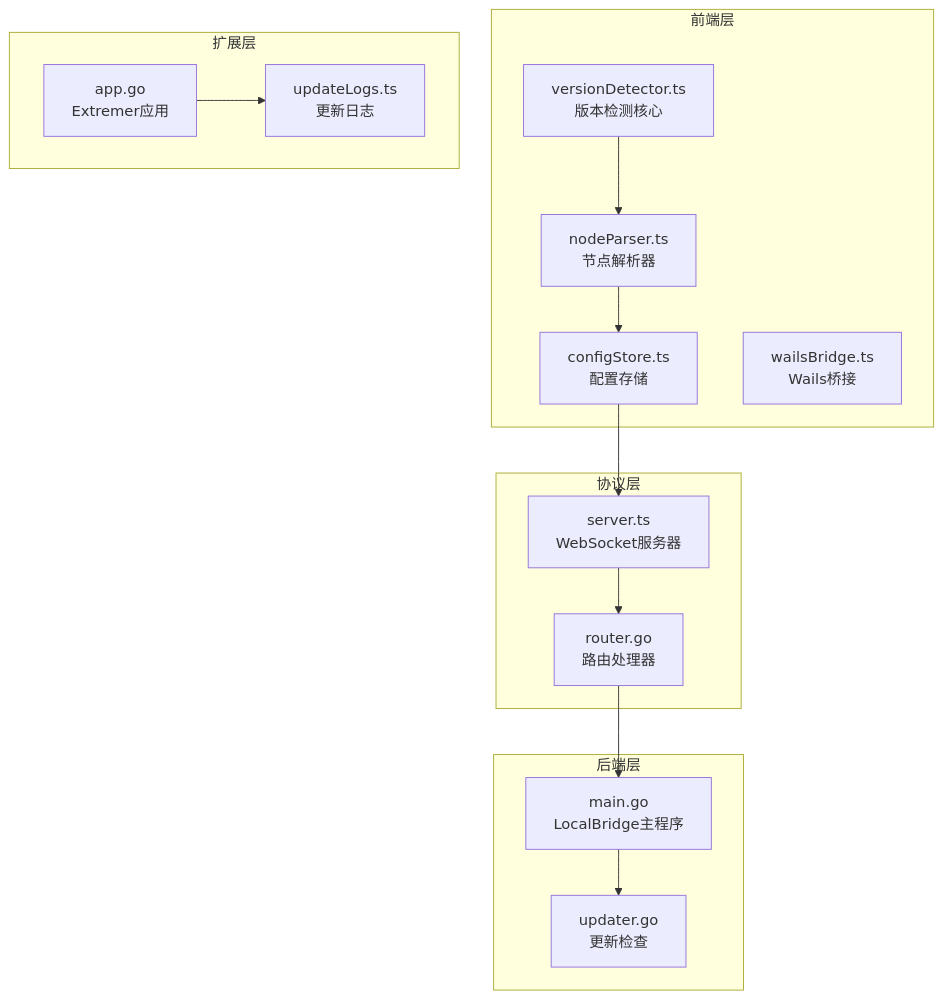
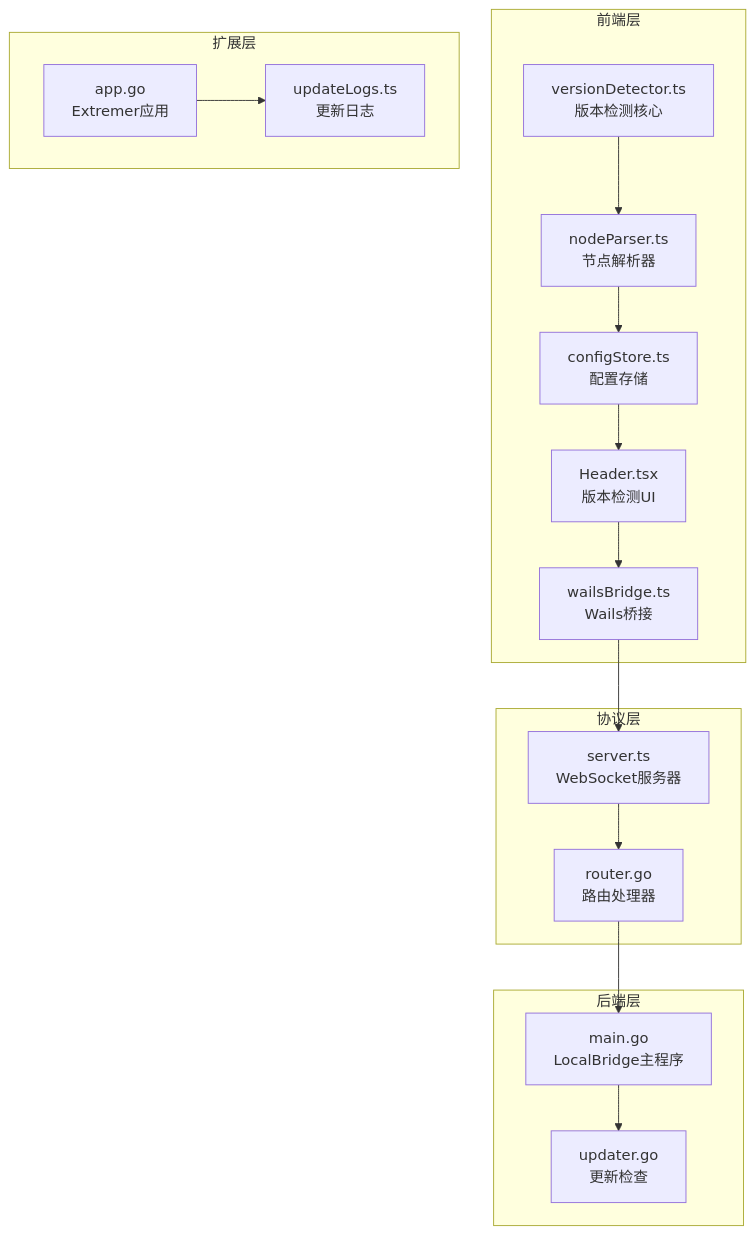
The first of 10 diagrams in .qoder/repowiki/zh/content/版本检测系统.md (kqcoxn/MaaPipelineEditor), drawn with Mermaid before and after one commit. The commit also changed other lines of this file and 35 other files, not shown here.

````diff
--- a/.qoder/repowiki/zh/content/版本检测系统.md
+++ b/.qoder/repowiki/zh/content/版本检测系统.md
@@ -43,28 +56,31 @@
 ```mermaid
 graph TB
 subgraph "前端层"
 A[versionDetector.ts<br/>版本检测核心]
 B[nodeParser.ts<br/>节点解析器]
 C[configStore.ts<br/>配置存储]
 D[wailsBridge.ts<br/>Wails桥接]
+E[Header.tsx<br/>版本检测UI]
 end
 subgraph "协议层"
-E[server.ts<br/>WebSocket服务器]
-F[router.go<br/>路由处理器]
+F[server.ts<br/>WebSocket服务器]
+G[router.go<br/>路由处理器]
 end
 subgraph "后端层"
-G[main.go<br/>LocalBridge主程序]
-H[updater.go<br/>更新检查]
+H[main.go<br/>LocalBridge主程序]
+I[updater.go<br/>更新检查]
 end
 subgraph "扩展层"
-I[app.go<br/>Extremer应用]
-J[updateLogs.ts<br/>更新日志]
+J[app.go<br/>Extremer应用]
+K[updateLogs.ts<br/>更新日志]
 end
 A --> B
 B --> C
 C --> E
-E --> F
+E --> D
+D --> F
 F --> G
 G --> H
-I --> J
+H --> I
+J --> K
 ```
````
